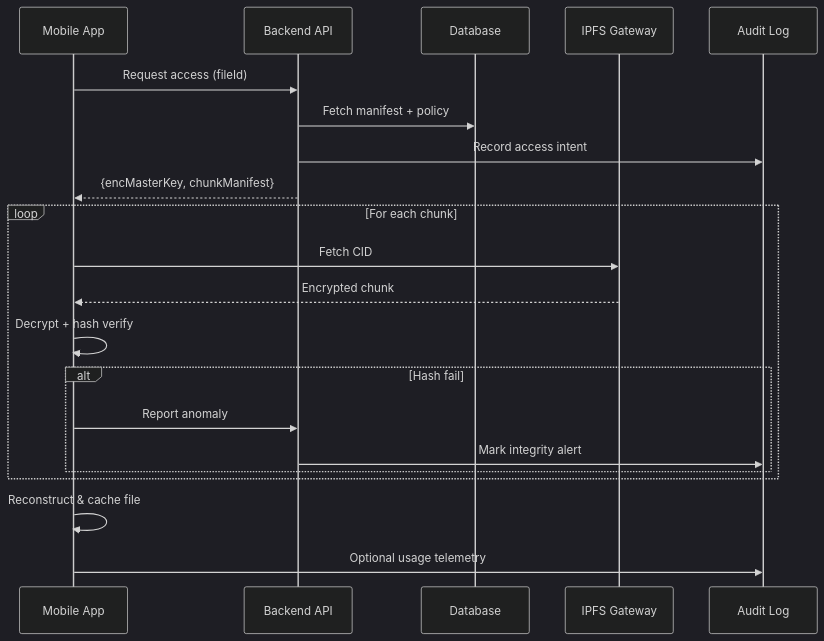
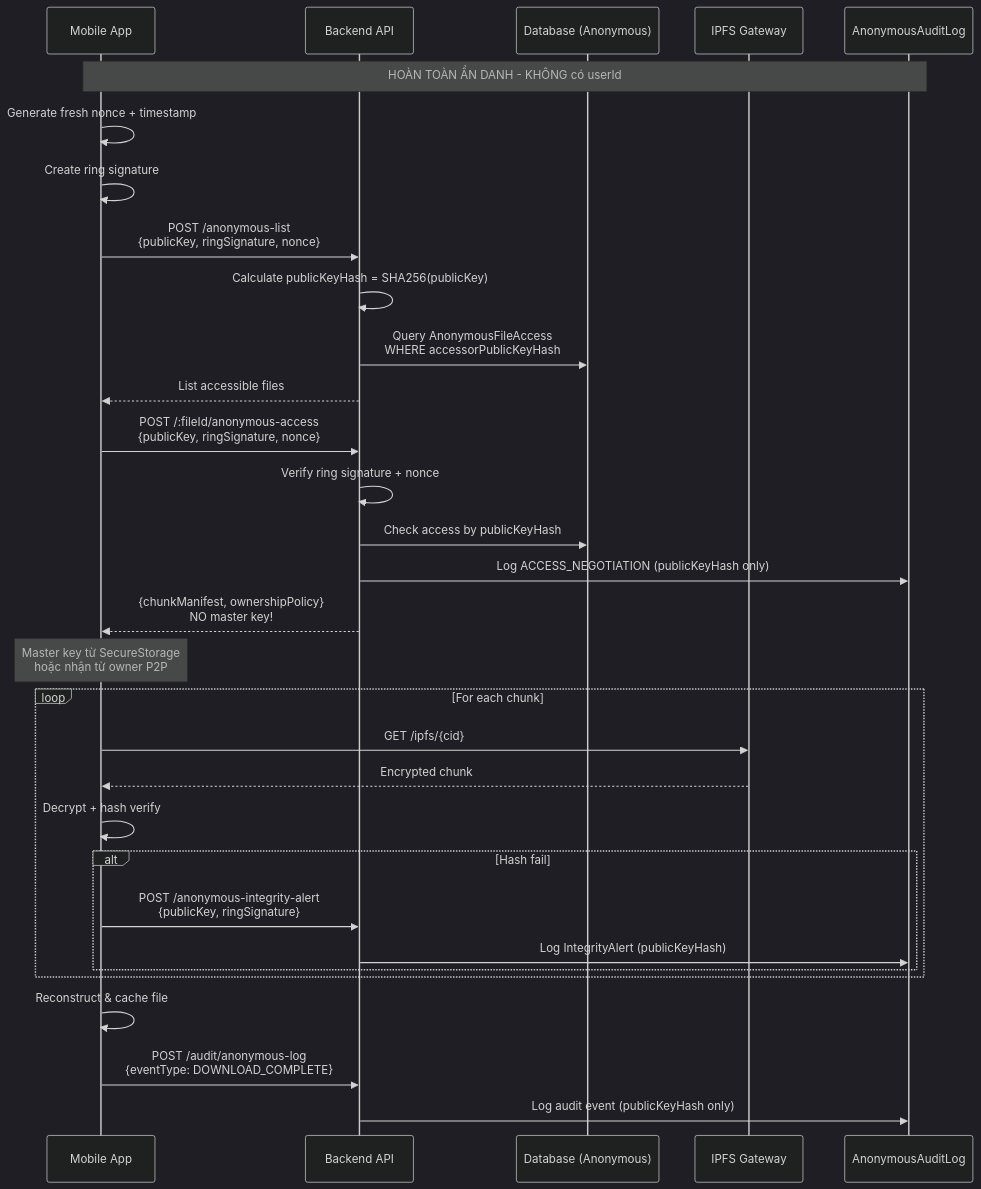
One commit to nguyenphuc22/ipfs-sandbox changed the fourth of 27 diagrams in SYSTEM_ARCHITECTURE.md. Above: the diagram before and after it, drawn with Mermaid (dark theme). The commit also changed other lines of this file and 7 other files, not shown here.

Commit message:
Refactor identity management to eliminate userId; update useAOTIdentity hook to remove userId handling, implement migration logic for stored identities, and adjust sample data in aotStorage.js. Enhance documentation to reflect anonymous access architecture without userId.

````diff
--- a/SYSTEM_ARCHITECTURE.md
+++ b/SYSTEM_ARCHITECTURE.md
@@ -126,24 +126,38 @@
 ```mermaid
 sequenceDiagram
     participant M as Mobile App
     participant B as Backend API
-    participant D as Database
+    participant D as Database (Anonymous)
     participant I as IPFS Gateway
-    participant L as Audit Log
+    participant L as AnonymousAuditLog
 
-    M->>B: Request access (fileId)
-    B->>D: Fetch manifest + policy
-    B->>L: Record access intent
-    B-->>M: {encMasterKey, chunkManifest}
+    Note over M,L: HOÀN TOÀN ẨN DANH - KHÔNG có userId
+
+    M->>M: Generate fresh nonce + timestamp
+    M->>M: Create ring signature
+    M->>B: POST /anonymous-list<br/>{publicKey, ringSignature, nonce}
+    B->>B: Calculate publicKeyHash = SHA256(publicKey)
+    B->>D: Query AnonymousFileAccess<br/>WHERE accessorPublicKeyHash
+    B-->>M: List accessible files
+
+    M->>B: POST /:fileId/anonymous-access<br/>{publicKey, ringSignature, nonce}
+    B->>B: Verify ring signature + nonce
+    B->>D: Check access by publicKeyHash
+    B->>L: Log ACCESS_NEGOTIATION (publicKeyHash only)
+    B-->>M: {chunkManifest, ownershipPolicy}<br/>NO master key!
+
+    Note over M: Master key từ SecureStorage<br/>hoặc nhận từ owner P2P
+
     loop For each chunk
-        M->>I: Fetch CID
+        M->>I: GET /ipfs/{cid}
         I-->>M: Encrypted chunk
         M->>M: Decrypt + hash verify
         alt Hash fail
-            M->>B: Report anomaly
-            B->>L: Mark integrity alert
+            M->>B: POST /anonymous-integrity-alert<br/>{publicKey, ringSignature}
+            B->>L: Log IntegrityAlert (publicKeyHash)
         end
     end
     M->>M: Reconstruct & cache file
-    M->>L: Optional usage telemetry
+    M->>B: POST /audit/anonymous-log<br/>{eventType: DOWNLOAD_COMPLETE}
+    B->>L: Log audit event (publicKeyHash only)
 ```
````
